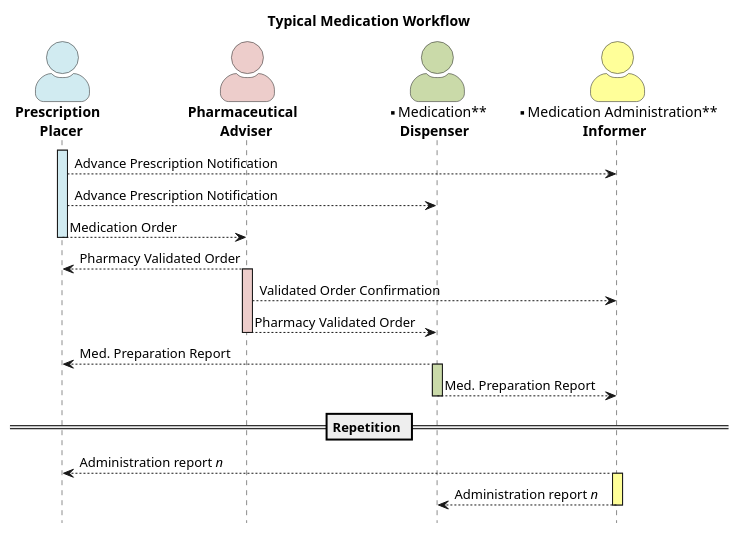
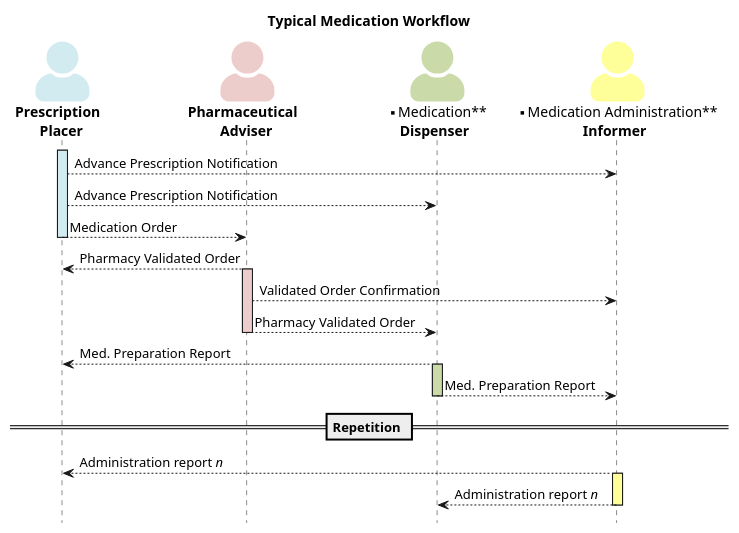
The diagram in input/images-source/sequence-diagram.plantuml (IHE/pharm-mpd), drawn with PlantUML before and after one commit. The commit also changed 4 other files, not shown here.

```diff
--- a/input/images-source/sequence-diagram.plantuml
+++ b/input/images-source/sequence-diagram.plantuml
@@ -1,44 +1,48 @@
 @startuml
 title Typical Medication Workflow
 skinparam actorStyle awesome
+skinparam {
+    ActorBorderColor None
 
+}
 hide footbox
 
 
 actor "**Prescription** \n **Placer**" as P #d1ebf1
+
 actor "**Pharmaceutical** \n **Adviser**" as PHA #edcdcb
 actor "** Medication** \n **Dispenser **" as PD #cadaa9
 actor "** Medication Administration** \n **Informer **" as MAI #ffff99
 
 activate P #d1ebf1
 
 P --> MAI : Advance Prescription Notification
 P --> PD: Advance Prescription Notification 
 P --> PHA: Medication Order
 deactivate P
 
 
 PHA --> P: Pharmacy Validated Order
 activate PHA #edcdcb
 
 PHA --> MAI: Validated Order Confirmation
 PHA --> PD: Pharmacy Validated Order
 deactivate PHA
 
 
 PD --> P: Med. Preparation Report
 activate PD #cadaa9
 
 PD --> MAI: Med. Preparation Report
 deactivate PD
 
 == Repetition ==
 
 
 MAI --> P: Administration report <i>n</i>
 activate MAI #ffff99
 
 MAI --> PD: Administration report <i>n</i>
 deactivate MAI
 
 @enduml
```
